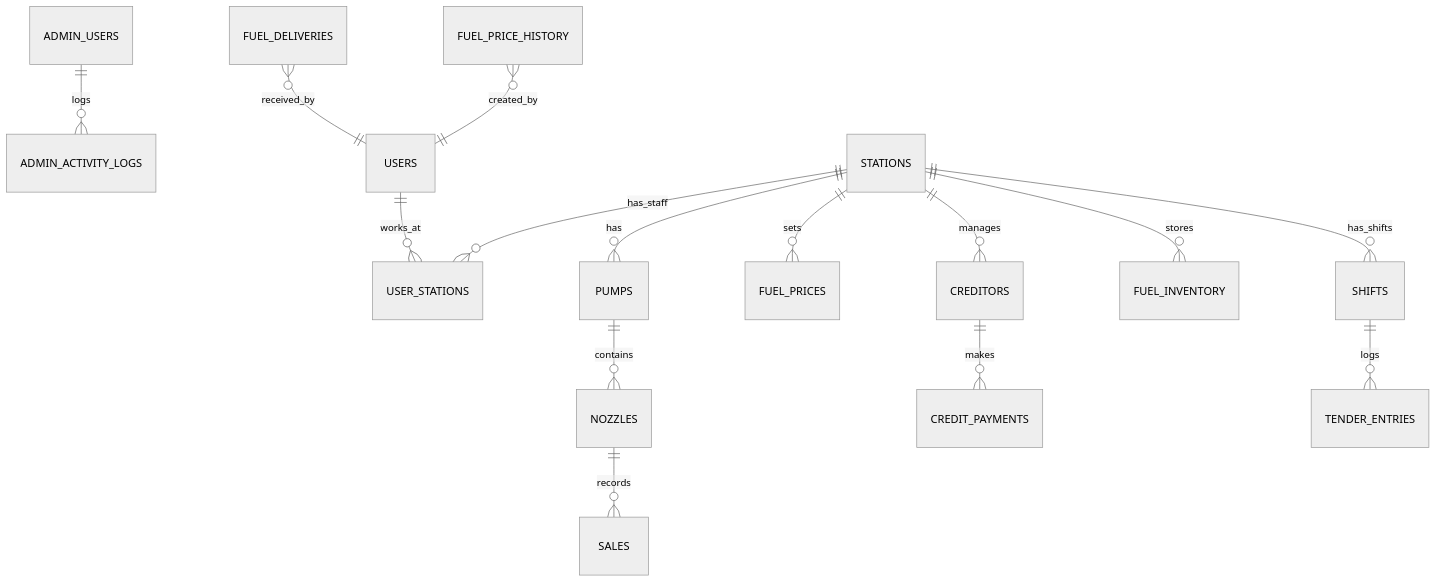
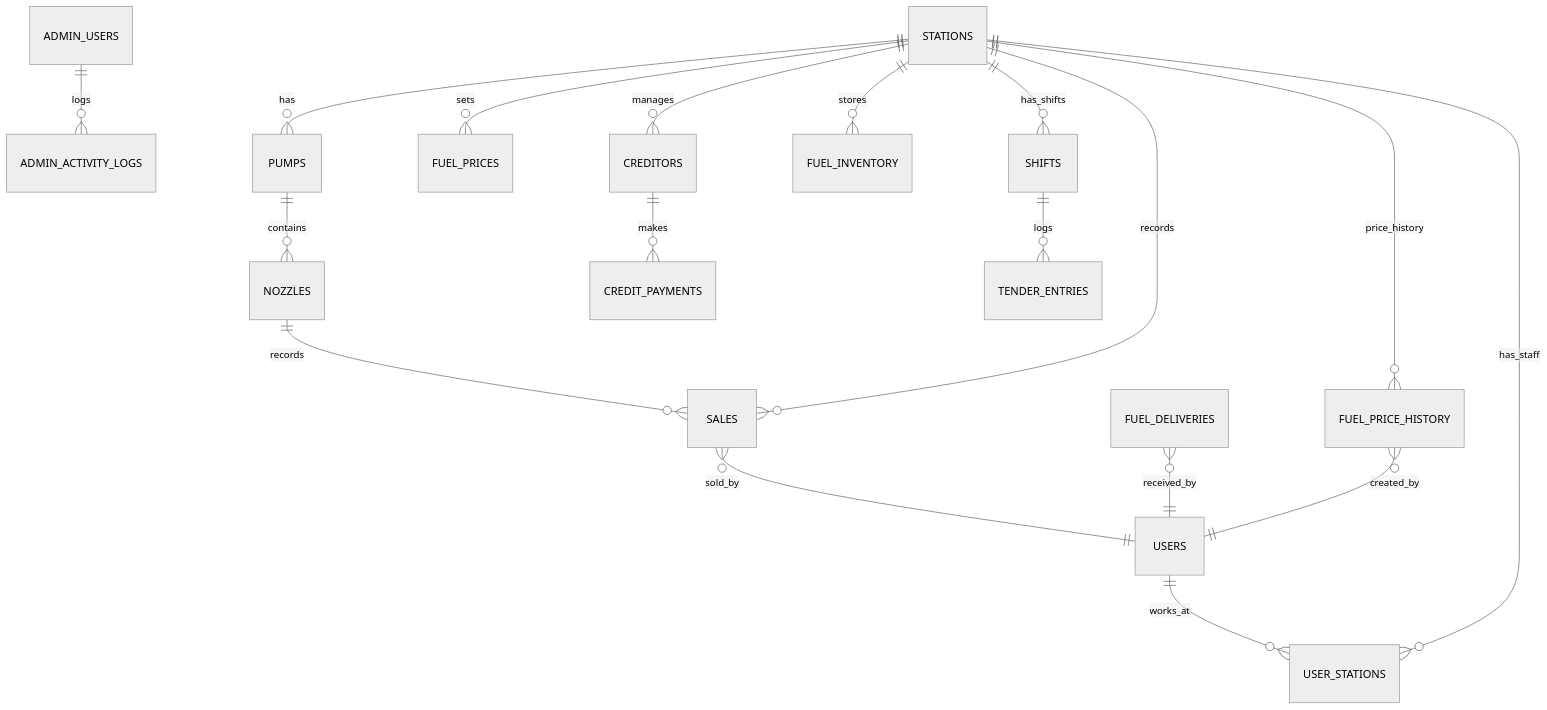
Before and after one commit to iamramakanthreddyk/fuelsync-hub: the diagram in docs/ERD.md, drawn with Mermaid (neutral theme). The commit also changed 4 other files, not shown here.

Commit message:
docs: update ERD and API, add plan guard

````diff
--- a/docs/ERD.md
+++ b/docs/ERD.md
@@ -1,17 +1,20 @@
 ```mermaid
 erDiagram
     ADMIN_USERS ||--o{ ADMIN_ACTIVITY_LOGS : "logs"
     USERS ||--o{ USER_STATIONS : "works_at"
     STATIONS ||--o{ USER_STATIONS : "has_staff"
     STATIONS ||--o{ PUMPS : "has"
     PUMPS ||--o{ NOZZLES : "contains"
     NOZZLES ||--o{ SALES : "records"
+    STATIONS ||--o{ SALES : "records"
+    SALES }o--|| USERS : "sold_by"
     STATIONS ||--o{ FUEL_PRICES : "sets"
+    STATIONS ||--o{ FUEL_PRICE_HISTORY : "price_history"
     STATIONS ||--o{ CREDITORS : "manages"
     CREDITORS ||--o{ CREDIT_PAYMENTS : "makes"
     STATIONS ||--o{ FUEL_INVENTORY : "stores"
     STATIONS ||--o{ SHIFTS : "has_shifts"
     SHIFTS ||--o{ TENDER_ENTRIES : "logs"
     FUEL_DELIVERIES }o--|| USERS : "received_by"
     FUEL_PRICE_HISTORY }o--|| USERS : "created_by"
 ```
````
